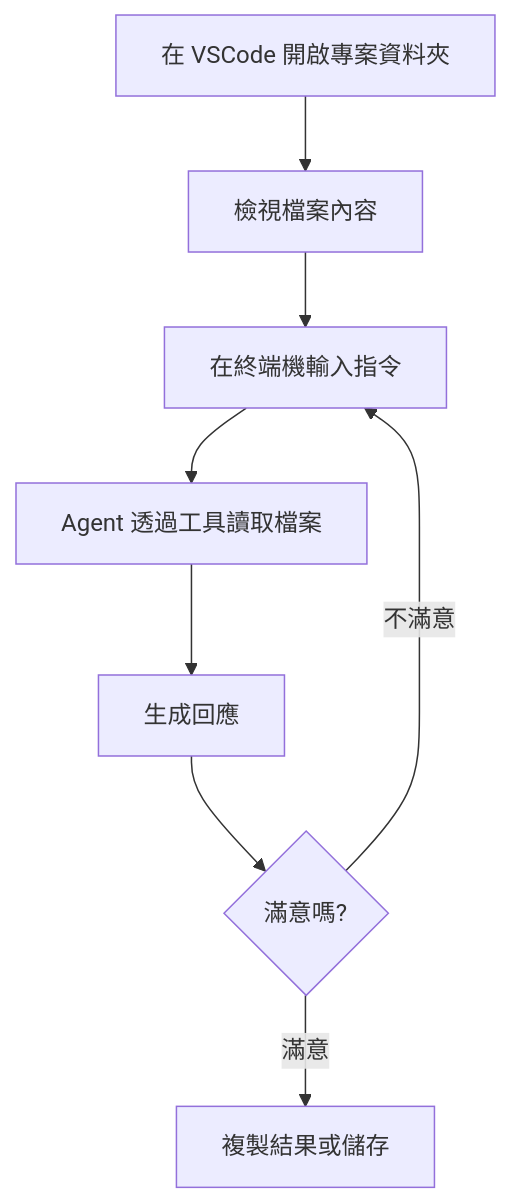
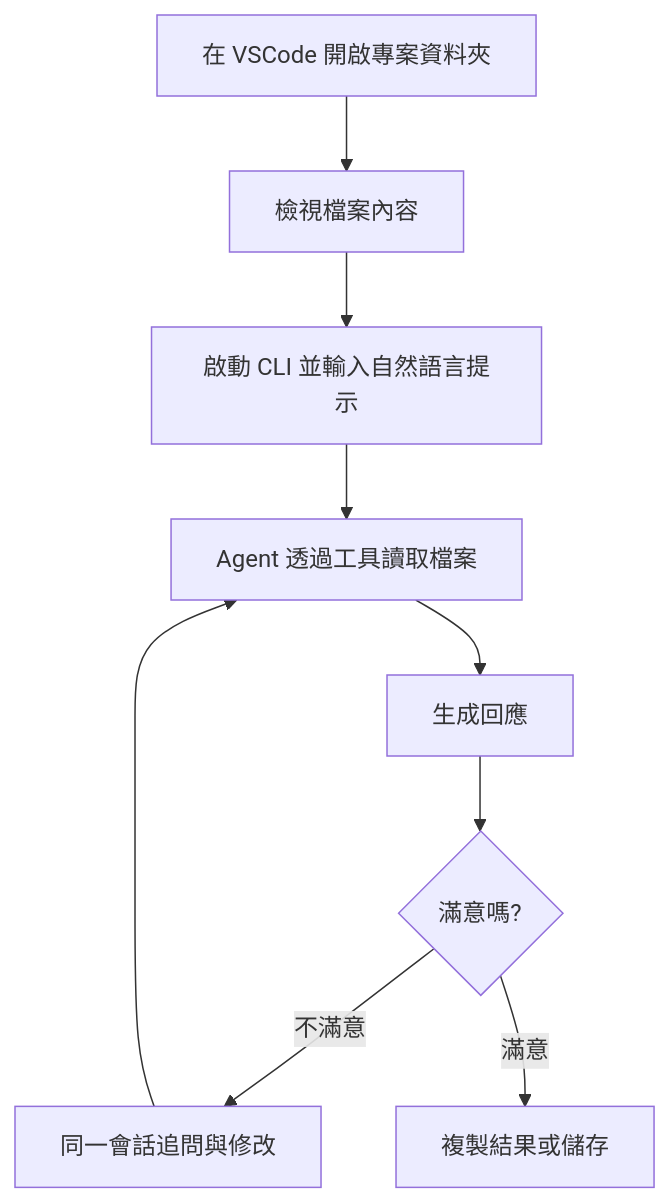
One commit to joelhoty/ocgit changed the second of 2 diagrams in AI_Agent_CLi/04_workspace.md. Above: the diagram before and after it, drawn with Mermaid. The commit also changed other lines of this file and 59 other files, not shown here.

````diff
--- a/AI_Agent_CLi/04_workspace.md
+++ b/AI_Agent_CLi/04_workspace.md
@@ -222,10 +202,11 @@
 ```mermaid
 graph TD
     A[在 VSCode 開啟專案資料夾] --> B[檢視檔案內容]
-    B --> C[在終端機輸入指令]
+    B --> C[啟動 CLI 並輸入自然語言提示]
     C --> D[Agent 透過工具讀取檔案]
     D --> E[生成回應]
     E --> F{滿意嗎?}
-    F -->|不滿意| C
+    F -->|不滿意| H[同一會話追問與修改]
+    H --> D
     F -->|滿意| G[複製結果或儲存]
 ```
````
